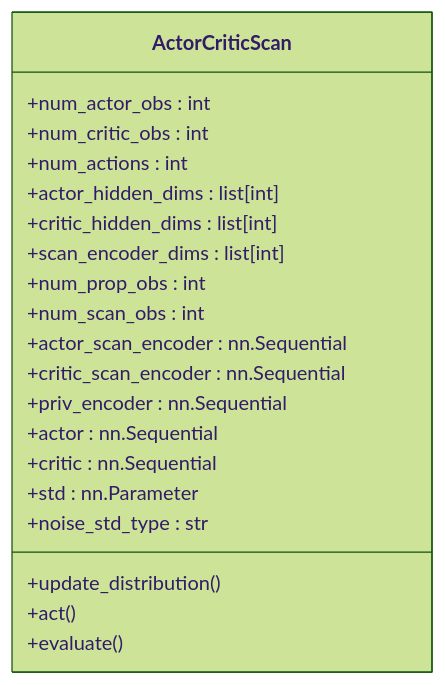
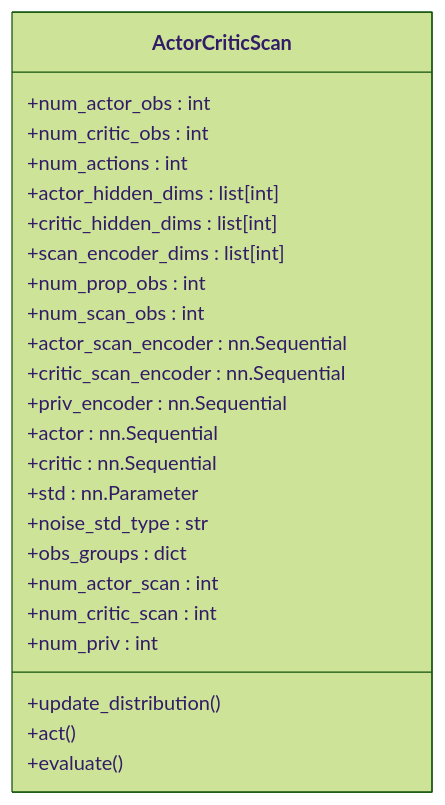
One commit to jayjayhust/robot_lab changed the seventh of 12 diagrams in .qoder/repowiki/en/content/Robot Categories and Models/Quadruped Robots/Unitree Go2 Series.md. Above: the diagram before and after it, drawn with Mermaid (forest theme). The commit also changed other lines of this file and 168 other files, not shown here.

````diff
--- a/.qoder/repowiki/en/content/Robot Categories and Models/Quadruped Robots/Unitree Go2 Series.md
+++ b/.qoder/repowiki/en/content/Robot Categories and Models/Quadruped Robots/Unitree Go2 Series.md
@@ -270,23 +279,27 @@
 ```mermaid
 classDiagram
 class ActorCriticScan {
 +num_actor_obs : int
 +num_critic_obs : int
 +num_actions : int
 +actor_hidden_dims : list[int]
 +critic_hidden_dims : list[int]
 +scan_encoder_dims : list[int]
 +num_prop_obs : int
 +num_scan_obs : int
 +actor_scan_encoder : nn.Sequential
 +critic_scan_encoder : nn.Sequential
 +priv_encoder : nn.Sequential
 +actor : nn.Sequential
 +critic : nn.Sequential
 +std : nn.Parameter
 +noise_std_type : str
++obs_groups : dict
++num_actor_scan : int
++num_critic_scan : int
++num_priv : int
 +update_distribution()
 +act()
 +evaluate()
 }
 ```
````
